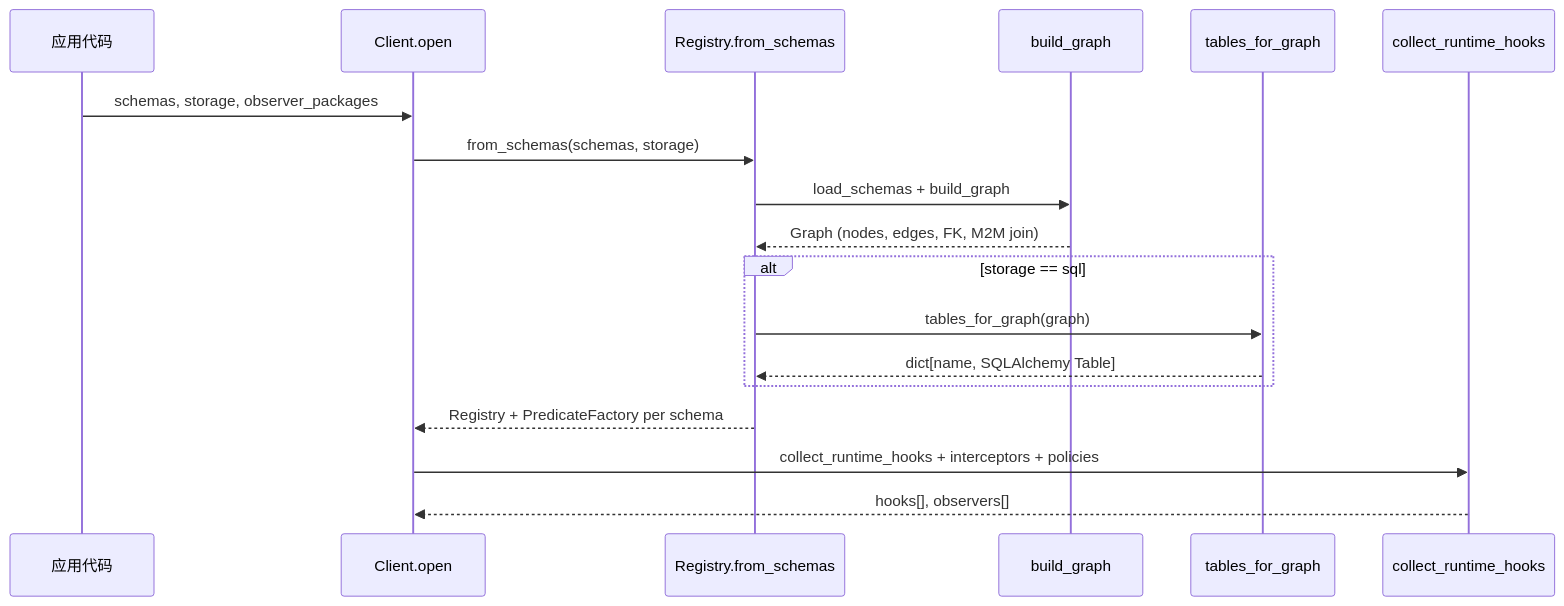
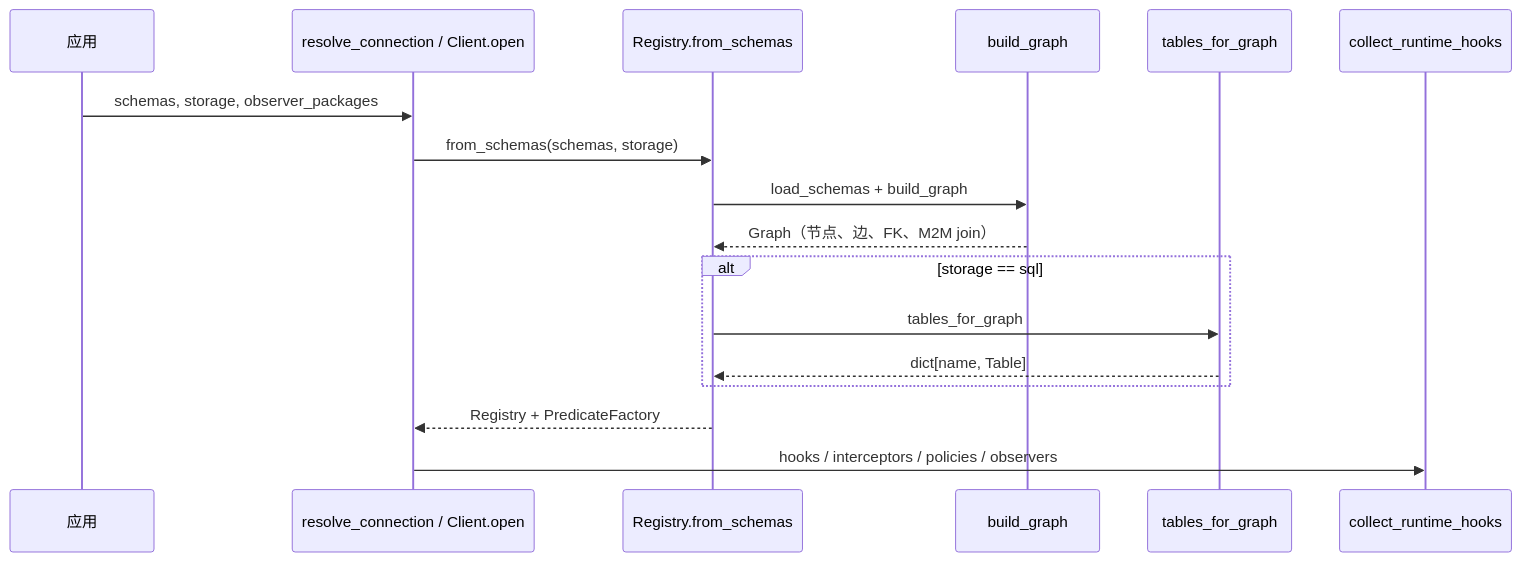
Before and after one commit to koritafei-jpg/ent-python: the first of 6 diagrams in docs/ARCHITECTURE.md, drawn with Mermaid. The commit also changed other lines of this file and 10 other files, not shown here.

````diff
--- a/docs/ARCHITECTURE.md
+++ b/docs/ARCHITECTURE.md
@@ -54,21 +95,20 @@
 ```mermaid
 sequenceDiagram
-    participant App as 应用代码
-    participant Client as Client.open
+    participant App as 应用
+    participant Conn as resolve_connection / Client.open
     participant Reg as Registry.from_schemas
     participant IR as build_graph
     participant Meta as tables_for_graph
     participant Pol as collect_runtime_hooks
 
-    App->>Client: schemas, storage, observer_packages
-    Client->>Reg: from_schemas(schemas, storage)
+    App->>Conn: schemas, storage, observer_packages
+    Conn->>Reg: from_schemas(schemas, storage)
     Reg->>IR: load_schemas + build_graph
-    IR-->>Reg: Graph (nodes, edges, FK, M2M join)
+    IR-->>Reg: Graph（节点、边、FK、M2M join）
     alt storage == sql
-        Reg->>Meta: tables_for_graph(graph)
-        Meta-->>Reg: dict[name, SQLAlchemy Table]
+        Reg->>Meta: tables_for_graph
+        Meta-->>Reg: dict[name, Table]
     end
-    Reg-->>Client: Registry + PredicateFactory per schema
-    Client->>Pol: collect_runtime_hooks + interceptors + policies
-    Pol-->>Client: hooks[], observers[]
+    Reg-->>Conn: Registry + PredicateFactory
+    Conn->>Pol: hooks / interceptors / policies / observers
 ```
````
